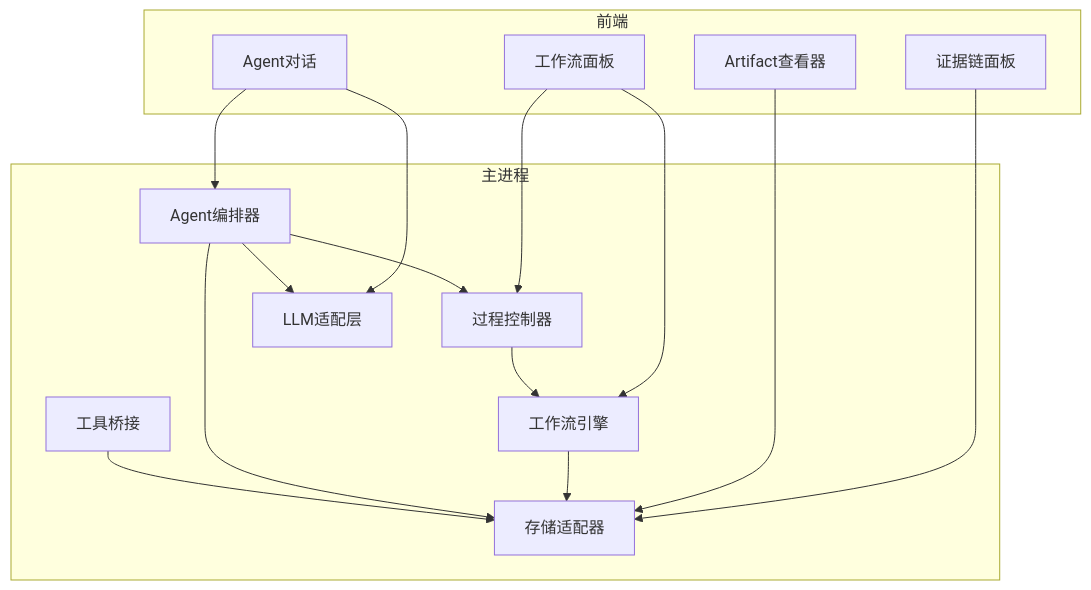
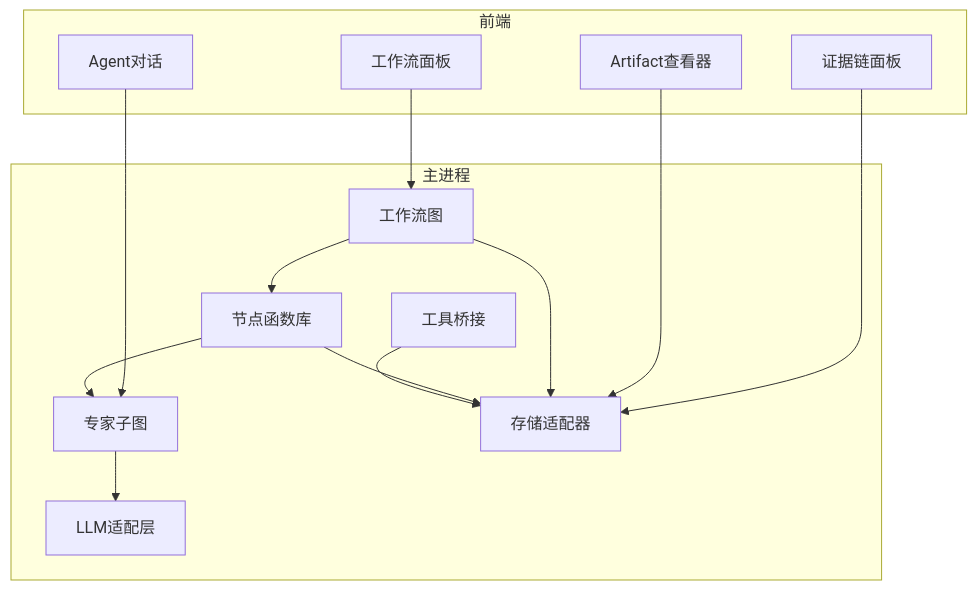
Before and after one commit to haolange/RDC-Agent: the second of 6 diagrams in .qoder/repowiki/zh/content/架构设计/工作流引擎.md, drawn with Mermaid. The commit also changed other lines of this file and 3483 other files, not shown here.

````diff
--- a/.qoder/repowiki/zh/content/架构设计/工作流引擎.md
+++ b/.qoder/repowiki/zh/content/架构设计/工作流引擎.md
@@ -90,29 +104,27 @@
 ```mermaid
 graph TB
 subgraph "前端"
 WP["工作流面板"]
 AC["Agent对话"]
 EP["证据链面板"]
 AV["Artifact查看器"]
 end
 subgraph "主进程"
-HC["过程控制器"]
-WE["工作流引擎"]
-AO["Agent编排器"]
+WG["工作流图"]
+NF["节点函数库"]
+SS["专家子图"]
 SA["存储适配器"]
 TB["工具桥接"]
 LLM["LLM适配层"]
 end
-WP --> WE
-AC --> AO
+WP --> WG
+AC --> SS
 EP --> SA
 AV --> SA
-WP --> HC
-AC --> LLM
-AO --> LLM
-AO --> HC
-HC --> WE
-WE --> SA
-AO --> SA
+WG --> NF
+NF --> SS
+SS --> LLM
+WG --> SA
+NF --> SA
 TB --> SA
 ```
````
